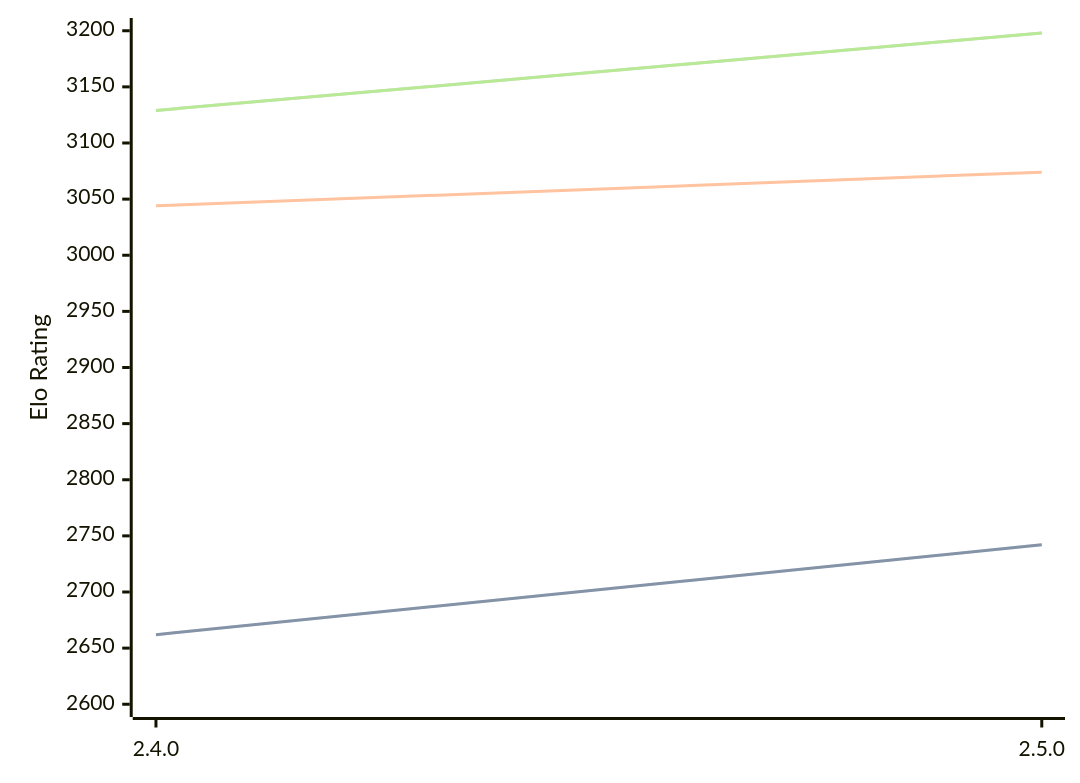
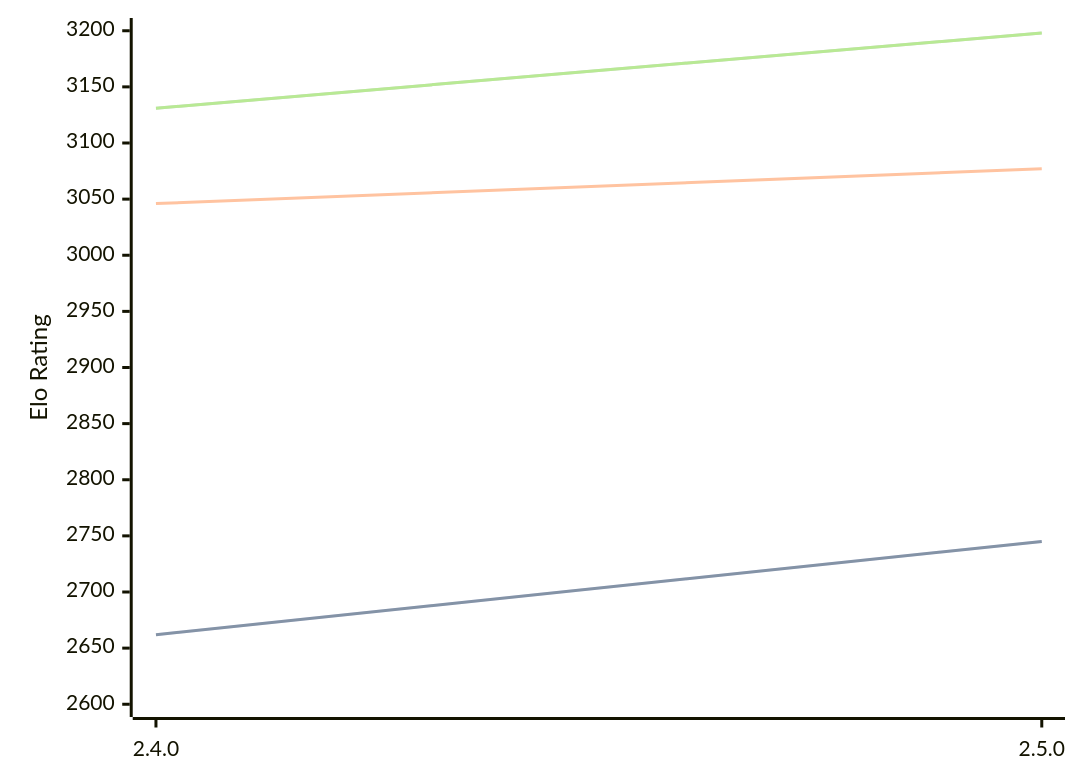
Before and after one commit to computer-chess-index/cci: the diagram in engines/Sturddle2.md, drawn with Mermaid. The commit also changed other lines of this file, not shown here.

Commit message:
Update CCI Ratings (ELO VLTC) - 2026-03-14

````diff
--- a/engines/Sturddle2.md
+++ b/engines/Sturddle2.md
@@ -35,11 +35,11 @@
 ```mermaid
 %%{init: {"theme":"base","themeVariables":{"seriesColors:['#a3a3a3','#222221','#faa371']}}}%%
 xychart-beta
   x-axis ["2.4.0", "2.5.0"]
   y-axis "Elo Rating" 2600 --> 3200
-  line "STC (8.0+0.08s)" [2662, 2742]
-  line "STC (8.0+0.08s)" [2662, 2742]
-  line "LTC (60.0+0.60s)" [3044, 3074]
-  line "VLTC (2m24s+1.12s)" [3129, 3198]
-  line "VLTC (2m24s+1.12s)" [3129, 3198]
+  line "STC (8.0+0.08s)" [2662, 2745]
+  line "STC (8.0+0.08s)" [2662, 2745]
+  line "LTC (60.0+0.60s)" [3046, 3077]
+  line "VLTC (2m24s+1.12s)" [3131, 3198]
+  line "VLTC (2m24s+1.12s)" [3131, 3198]
 ```
````
